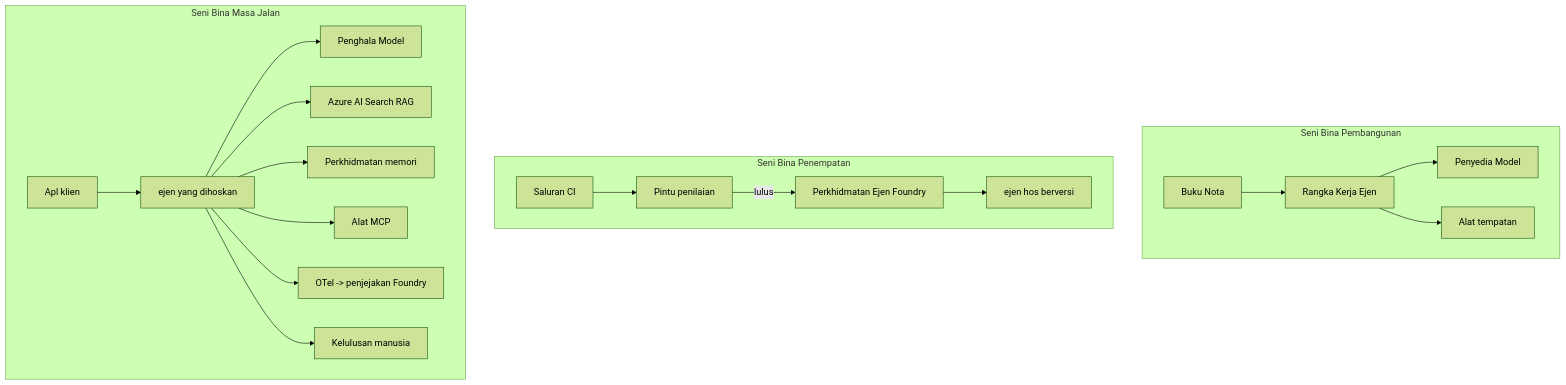
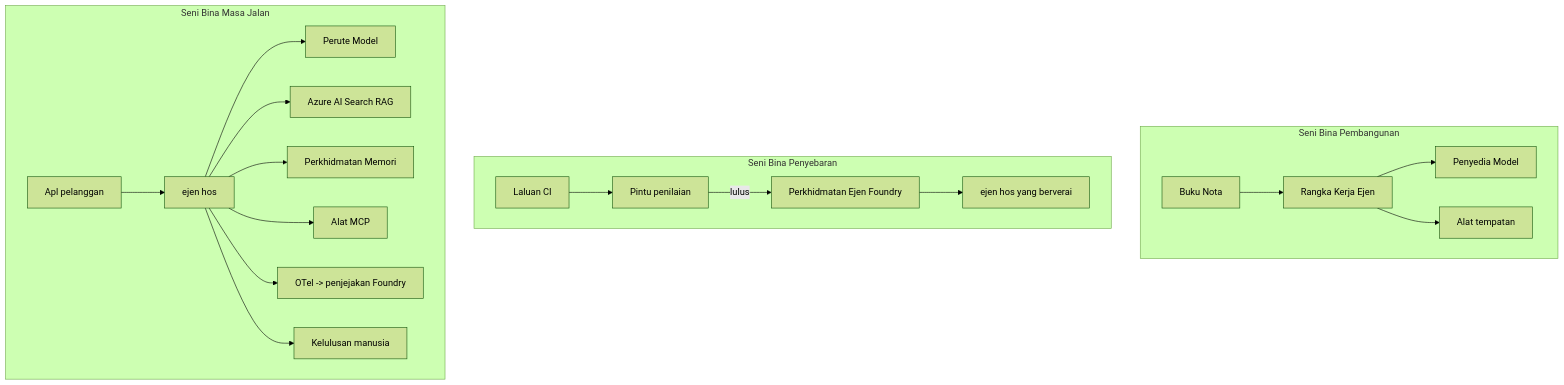
The fourth of 4 diagrams in mirrors/repos/microsoft@ai-agents-for-beginners/translations/ms/16-deploying-scalable-agents/README.md (gabrielmoreira/agent-skills-mirror), drawn with Mermaid (forest theme) before and after one commit. The commit also changed other lines of this file and 4262 other files, not shown here.

````diff
--- a/mirrors/repos/microsoft@ai-agents-for-beginners/translations/ms/16-deploying-scalable-agents/README.md
+++ b/mirrors/repos/microsoft@ai-agents-for-beginners/translations/ms/16-deploying-scalable-agents/README.md
@@ -185,22 +185,22 @@
 ```mermaid
 flowchart TB
     subgraph Dev[Seni Bina Pembangunan]
         D1[Buku Nota] --> D2[Rangka Kerja Ejen]
         D2 --> D3[Penyedia Model]
         D2 --> D4[Alat tempatan]
     end
-    subgraph Deploy[Seni Bina Penempatan]
-        E1[Saluran CI] --> E2[Pintu penilaian]
+    subgraph Deploy[Seni Bina Penyebaran]
+        E1[Laluan CI] --> E2[Pintu penilaian]
         E2 -->|lulus| E3[Perkhidmatan Ejen Foundry]
-        E3 --> E4[ejen hos berversi]
+        E3 --> E4[ejen hos yang berverai]
     end
     subgraph Run[Seni Bina Masa Jalan]
-        F1[Apl klien] --> F2[ejen yang dihoskan]
-        F2 --> F3[Penghala Model]
+        F1[Apl pelanggan] --> F2[ejen hos]
+        F2 --> F3[Perute Model]
         F2 --> F4[Azure AI Search RAG]
-        F2 --> F5[Perkhidmatan memori]
+        F2 --> F5[Perkhidmatan Memori]
         F2 --> F6[Alat MCP]
         F2 --> F7[OTel -> penjejakan Foundry]
         F2 --> F8[Kelulusan manusia]
     end
 ```
````
